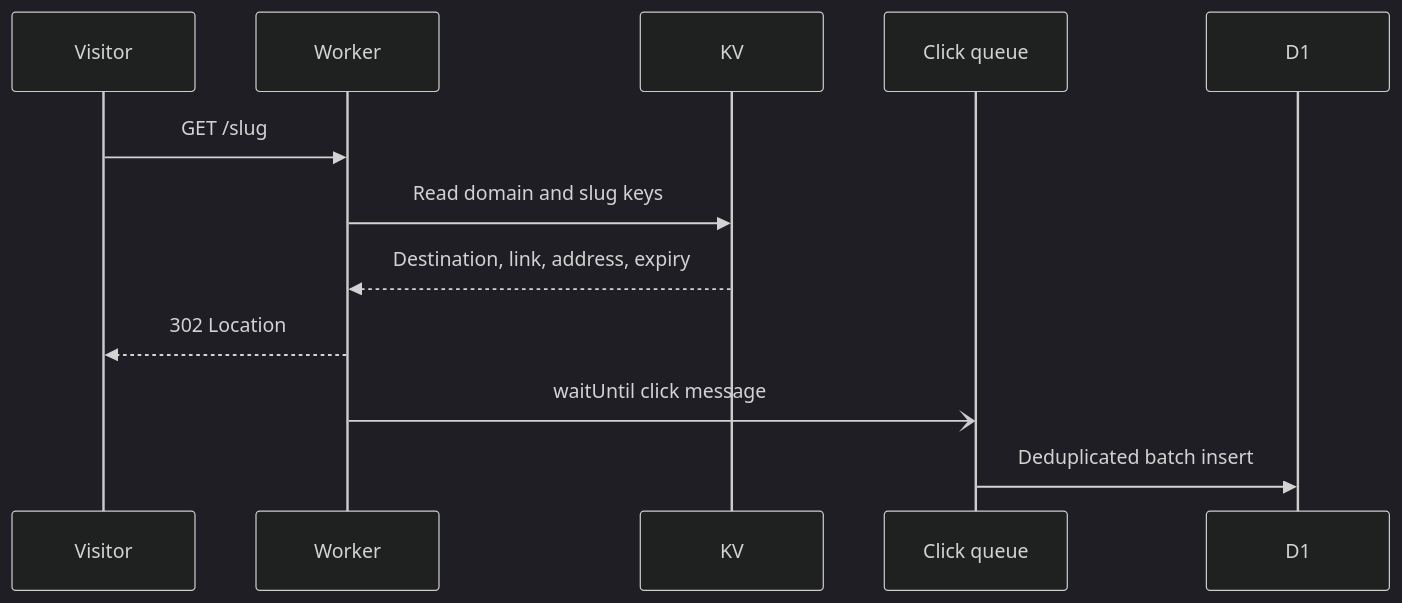
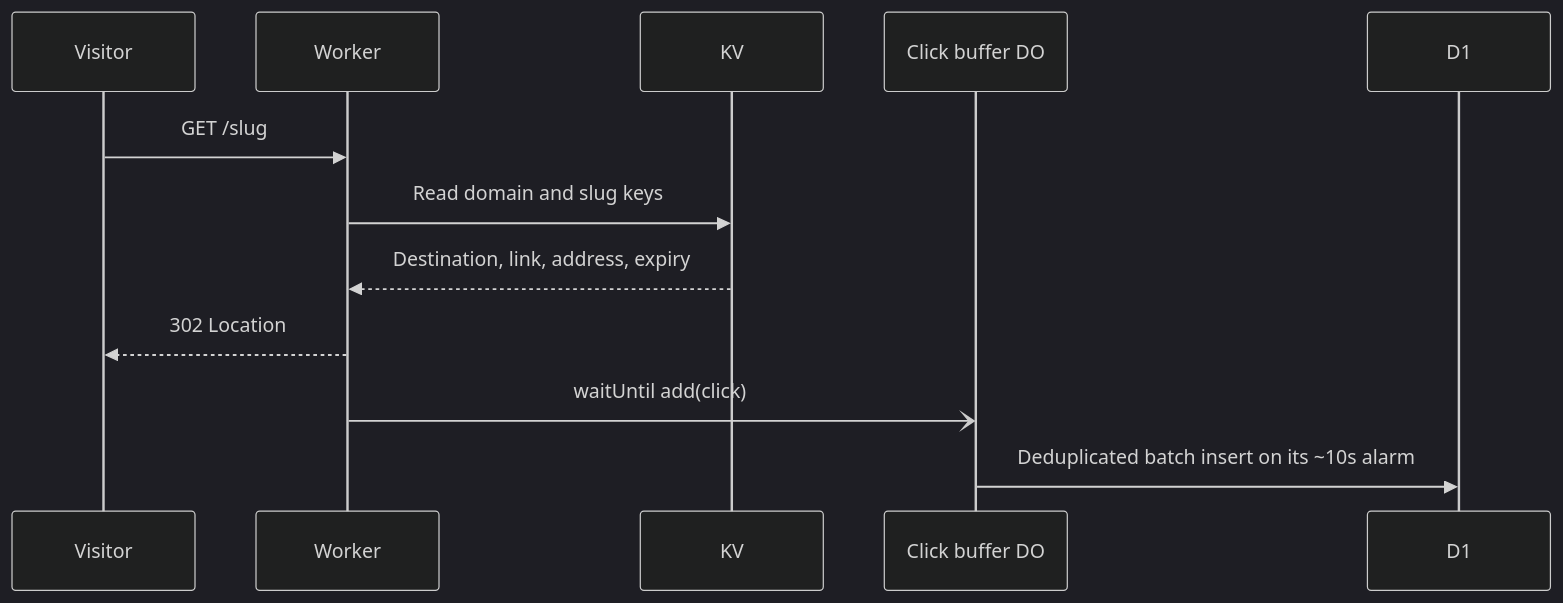
Before and after one commit to baronunread/rdyrct: the second of 3 diagrams in docs/architecture.md, drawn with Mermaid (dark theme). The commit also changed other lines of this file and 11 other files, not shown here.

````diff
--- a/docs/architecture.md
+++ b/docs/architecture.md
@@ -157,15 +157,15 @@
 ```mermaid
 sequenceDiagram
   participant V as Visitor
   participant W as Worker
   participant K as KV
-  participant Q as Click queue
+  participant B as Click buffer DO
   participant D as D1
 
   V->>W: GET /slug
   W->>K: Read domain and slug keys
   K-->>W: Destination, link, address, expiry
   W-->>V: 302 Location
-  W-)Q: waitUntil click message
-  Q->>D: Deduplicated batch insert
+  W-)B: waitUntil add(click)
+  B->>D: Deduplicated batch insert on its ~10s alarm
 ```
````
